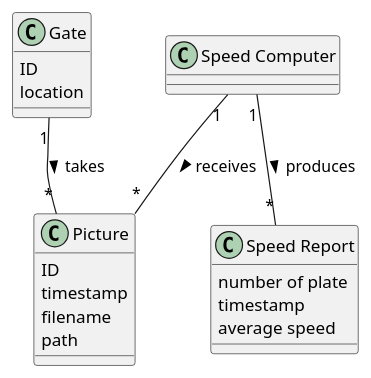
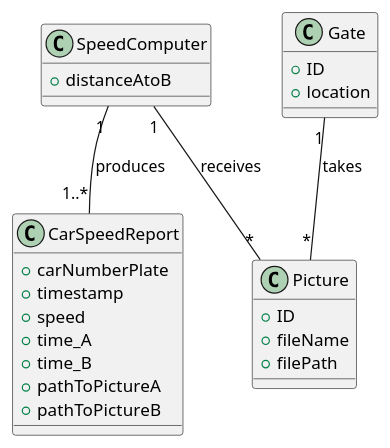
One commit to franco-ruggeri/SoftEng changed the second of 2 diagrams in ex6_speed_tutor/requirements.md. Above: the diagram before and after it, drawn with PlantUML. The commit also changed other lines of this file, not shown here.

Commit message:
add functional and non functional requirements

````diff
--- a/ex6_speed_tutor/requirements.md
+++ b/ex6_speed_tutor/requirements.md
@@ -74,20 +74,32 @@
 ```plantuml
-class Gate
-class Picture
-class "Speed Report"
-class "Speed Computer"
+class SpeedComputer {
+  +distanceAtoB
+}
 
-Gate : ID
-Gate : location
-Picture : ID
-Picture : timestamp
-Picture : filename
-Picture : path
-"Speed Report" : number of plate
-"Speed Report" : timestamp
-"Speed Report" : average speed
+class CarSpeedReport {
+ +carNumberPlate
+ +timestamp
+ +speed
+ +time_A
+ +time_B
+ +pathToPictureA
+ +pathToPictureB
+}
 
-Gate "1" -- "*" Picture : takes >
-"Speed Computer" "1" -- "*" Picture : receives >
-"Speed Computer" "1" -- "*" "Speed Report" : produces >
+class Picture {
+ +ID
+ +fileName
+ +filePath
+}
+
+class Gate {
+  +ID
+  +location
+}
+
+SpeedComputer "1" -- "1..*" CarSpeedReport : produces
+SpeedComputer "1" -- "*" Picture : receives
+
+
+"Gate" "1" -- "*" Picture : takes
 ```
````
